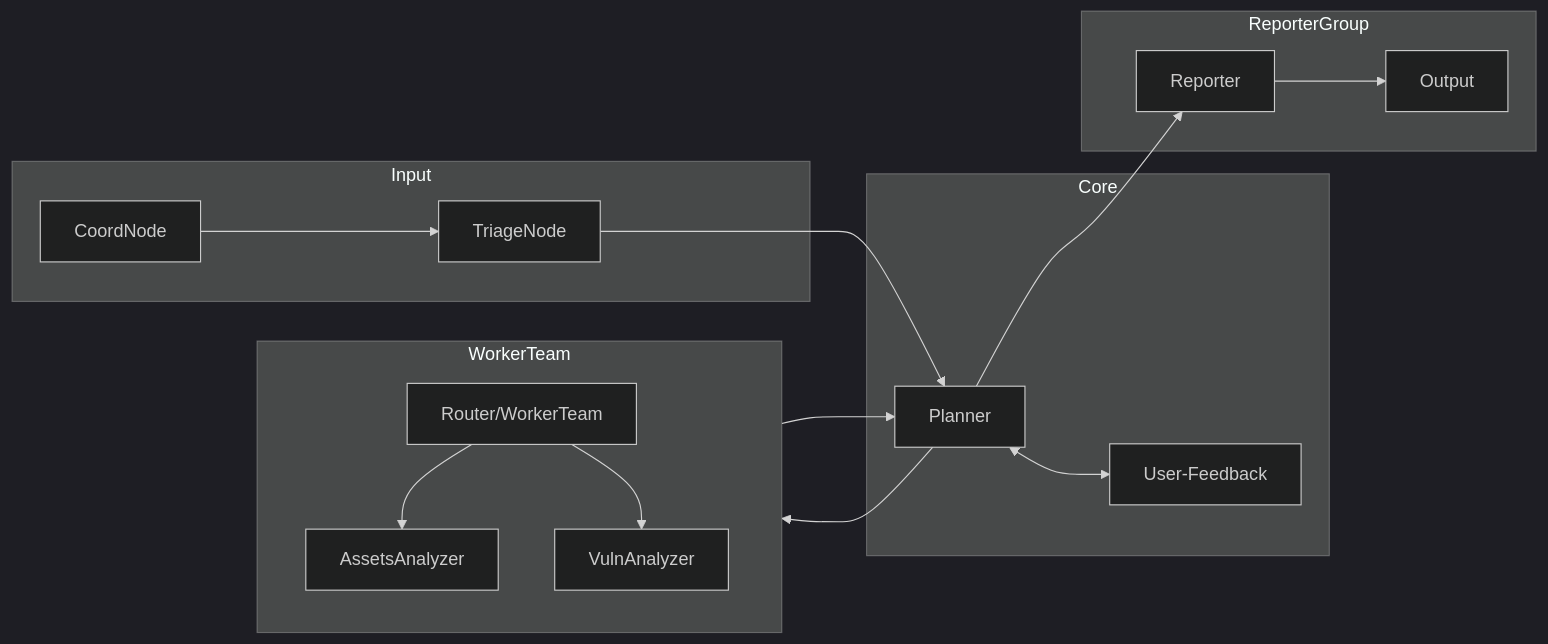
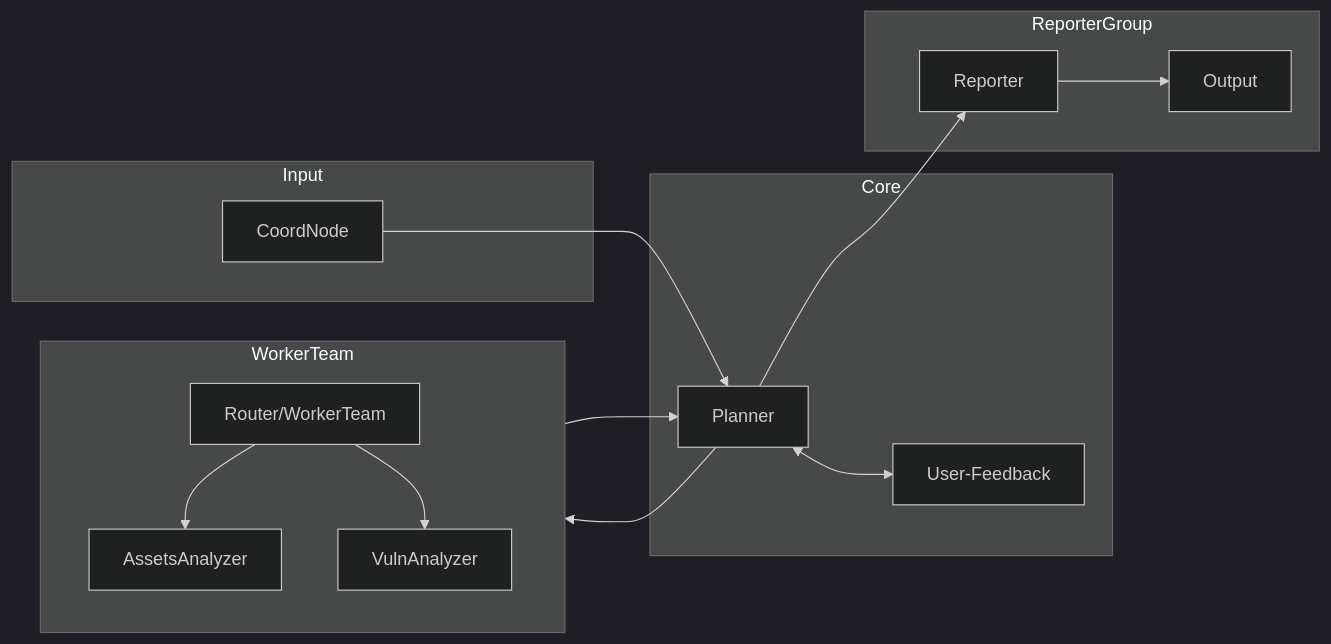
One commit to Yatogaii/VulnGraph changed the diagram in README.md. Above: the diagram before and after it, drawn with Mermaid (dark theme). The commit also changed 7 other files, not shown here.

````diff
--- a/README.md
+++ b/README.md
@@ -23,40 +23,41 @@
 ```mermaid
 flowchart LR
   %% 输入部分
   subgraph Input
     CoordNode[CoordNode]
-    TriageNode[TriageNode]
+    %% TriageNode[TriageNode]
   end
 
   %% 核心 Planner & 反馈
   subgraph Core
     Planner[Planner]
     UserFeedback["User-Feedback"]
   end
 
   %% Worker Team (Router + analyzers)
   subgraph WorkerTeam
     direction TB
     Router[Router/WorkerTeam]
     AssetsAnalyzer[AssetsAnalyzer]
     VulnAnalyzer[VulnAnalyzer]
   end
 
   %% 报告输出
   subgraph ReporterGroup
     Reporter[Reporter]
     Output[Output]
   end
 
-  %% 连接关系
-  CoordNode --> TriageNode --> Planner
+  %% 连接关系 Remove Triage for now
+  %%CoordNode --> TriageNode --> Planner
+  CoordNode --> Planner
   Planner <--> UserFeedback
 
   Planner --> Router
   Router --> AssetsAnalyzer
   Router --> VulnAnalyzer
   Router --> Planner
 
   Planner --> Reporter
   Reporter --> Output
 ```
````
